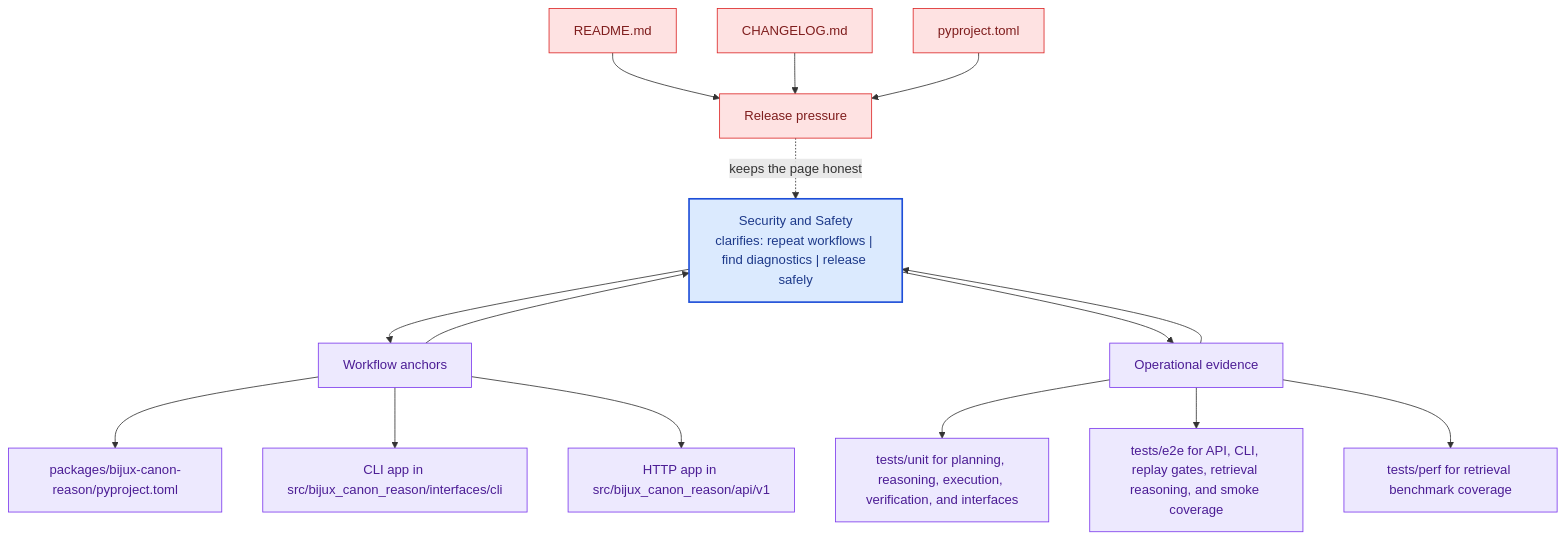
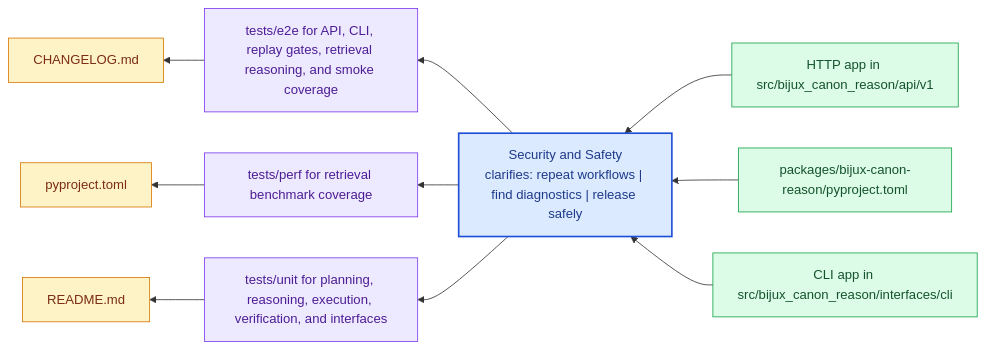
Before and after one commit to bijux/bijux-canon: the diagram in docs/bijux-canon-reason/operations/security-and-safety.md, drawn with Mermaid. The commit also changed other lines of this file and 281 other files, not shown here.

Commit message:
docs(diagrams): replace repeated mermaid scaffolds with page-specific summaries

````diff
--- a/docs/bijux-canon-reason/operations/security-and-safety.md
+++ b/docs/bijux-canon-reason/operations/security-and-safety.md
@@ -67,41 +22,31 @@
 ```mermaid
-flowchart TB
-    promise["Security and Safety<br/>clarifies: repeat workflows | find diagnostics | release safely"]
-    classDef promise fill:#dbeafe,stroke:#1d4ed8,color:#1e3a8a,stroke-width:2px;
-    classDef driver fill:#dcfce7,stroke:#16a34a,color:#14532d;
-    classDef constraint fill:#fee2e2,stroke:#dc2626,color:#7f1d1d;
-    classDef ground fill:#ede9fe,stroke:#7c3aed,color:#4c1d95;
-    focus1["Workflow anchors"]
-    focus1 --> promise
-    promise --> focus1
-    focus1_1["packages/bijux-canon-reason/pyproject.toml"]
-    focus1 --> focus1_1
-    focus1_2["CLI app in src/bijux_canon_reason/interfaces/cli"]
-    focus1 --> focus1_2
-    focus1_3["HTTP app in src/bijux_canon_reason/api/v1"]
-    focus1 --> focus1_3
-    class focus1 ground;
-    class focus1_1,focus1_2,focus1_3 ground;
-    focus2["Operational evidence"]
-    focus2 --> promise
-    promise --> focus2
-    focus2_1["tests/unit for planning, reasoning, execution, verification, and interfaces"]
-    focus2 --> focus2_1
-    focus2_2["tests/e2e for API, CLI, replay gates, retrieval reasoning, and smoke coverage"]
-    focus2 --> focus2_2
-    focus2_3["tests/perf for retrieval benchmark coverage"]
-    focus2 --> focus2_3
-    class focus2 ground;
-    class focus2_1,focus2_2,focus2_3 ground;
-    focus3["Release pressure"]
-    focus3 -.keeps the page honest.-> promise
-    focus3_1["README.md"]
-    focus3_1 --> focus3
-    focus3_2["CHANGELOG.md"]
-    focus3_2 --> focus3
-    focus3_3["pyproject.toml"]
-    focus3_3 --> focus3
-    class focus3 constraint;
-    class focus3_1,focus3_2,focus3_3 constraint;
-    class promise promise;
+flowchart RL
+    page["Security and Safety<br/>clarifies: repeat workflows | find diagnostics | release safely"]
+    classDef page fill:#dbeafe,stroke:#1d4ed8,color:#1e3a8a,stroke-width:2px;
+    classDef positive fill:#dcfce7,stroke:#16a34a,color:#14532d;
+    classDef caution fill:#fee2e2,stroke:#dc2626,color:#7f1d1d;
+    classDef anchor fill:#ede9fe,stroke:#7c3aed,color:#4c1d95;
+    classDef action fill:#fef3c7,stroke:#d97706,color:#7c2d12;
+    step1["HTTP app in src/bijux_canon_reason/api/v1"]
+    step1 --> page
+    step2["packages/bijux-canon-reason/pyproject.toml"]
+    step2 --> page
+    step3["CLI app in src/bijux_canon_reason/interfaces/cli"]
+    step3 --> page
+    run1["tests/e2e for API, CLI, replay gates, retrieval reasoning, and smoke coverage"]
+    page --> run1
+    run2["tests/perf for retrieval benchmark coverage"]
+    page --> run2
+    run3["tests/unit for planning, reasoning, execution, verification, and interfaces"]
+    page --> run3
+    release1["CHANGELOG.md"]
+    run1 --> release1
+    release2["pyproject.toml"]
+    run2 --> release2
+    release3["README.md"]
+    run3 --> release3
+    class page page;
+    class step1,step2,step3 positive;
+    class run1,run2,run3 anchor;
+    class release1,release2,release3 action;
 ```
````
